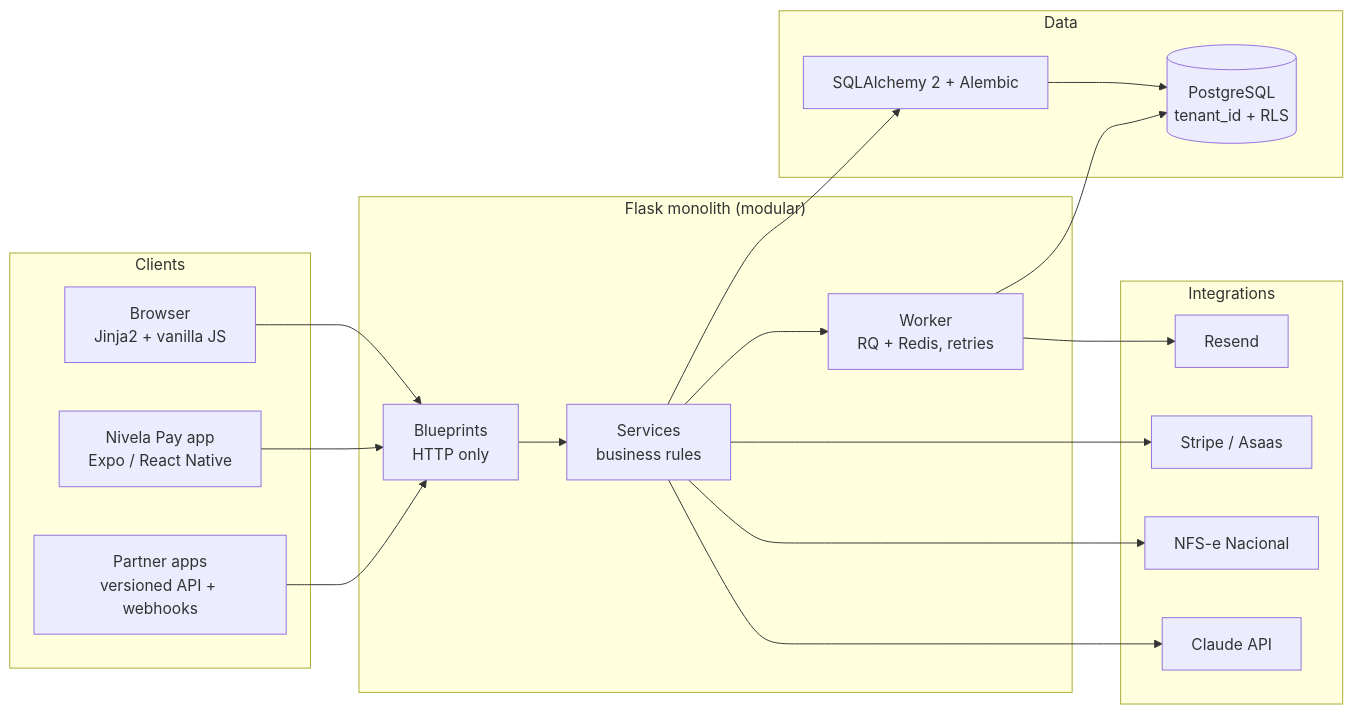
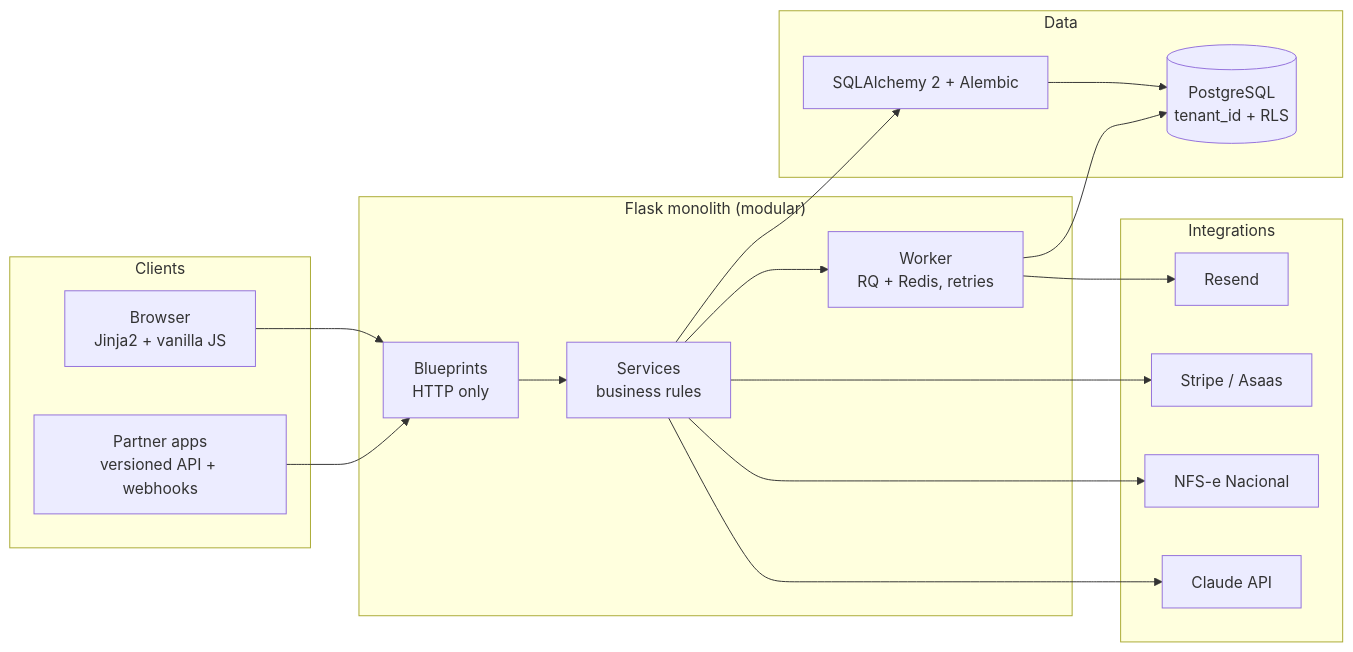
The first of 2 diagrams in README.md (jrasch7/jrasch7), drawn with Mermaid before and after one commit. The commit also changed other lines of this file, not shown here.

First line of the commit message:
README do perfil: remove Nivela Pay (ainda não está em produção) e adiciona o portfólio (#2)

````diff
--- a/README.md
+++ b/README.md
@@ -44,34 +43,32 @@
 ```mermaid
 flowchart LR
   subgraph Clients
     W[Browser<br/>Jinja2 + vanilla JS]
-    M[Nivela Pay app<br/>Expo / React Native]
     P[Partner apps<br/>versioned API + webhooks]
   end
   subgraph App["Flask monolith (modular)"]
     B[Blueprints<br/>HTTP only]
     S[Services<br/>business rules]
     Q[Worker<br/>RQ + Redis, retries]
   end
   subgraph Data
     O[SQLAlchemy 2 + Alembic]
     D[(PostgreSQL<br/>tenant_id + RLS)]
   end
   subgraph Integrations
     X[Stripe / Asaas]
     F[NFS-e Nacional]
     R[Resend]
     A[Claude API]
   end
   W --> B
-  M --> B
   P --> B
   B --> S
   S --> O --> D
   S --> Q
   Q --> D
   S --> X
   S --> F
   Q --> R
   S --> A
 ```
````
